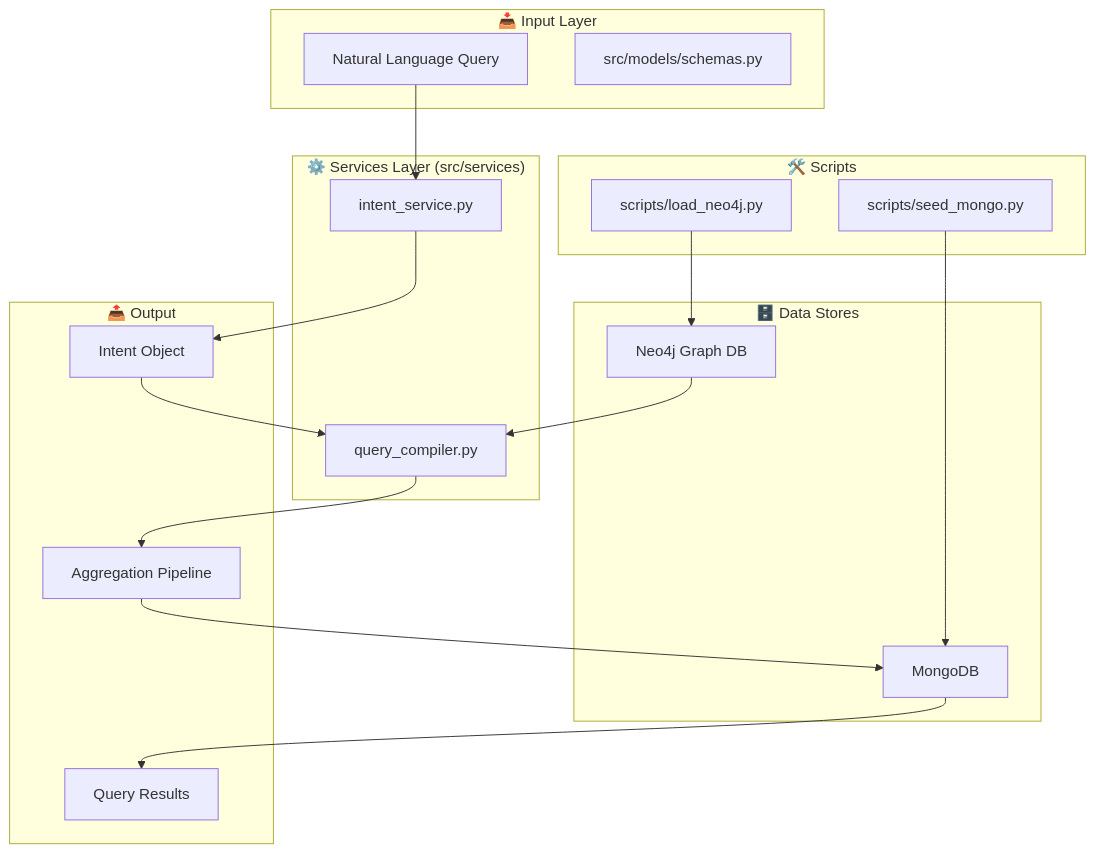
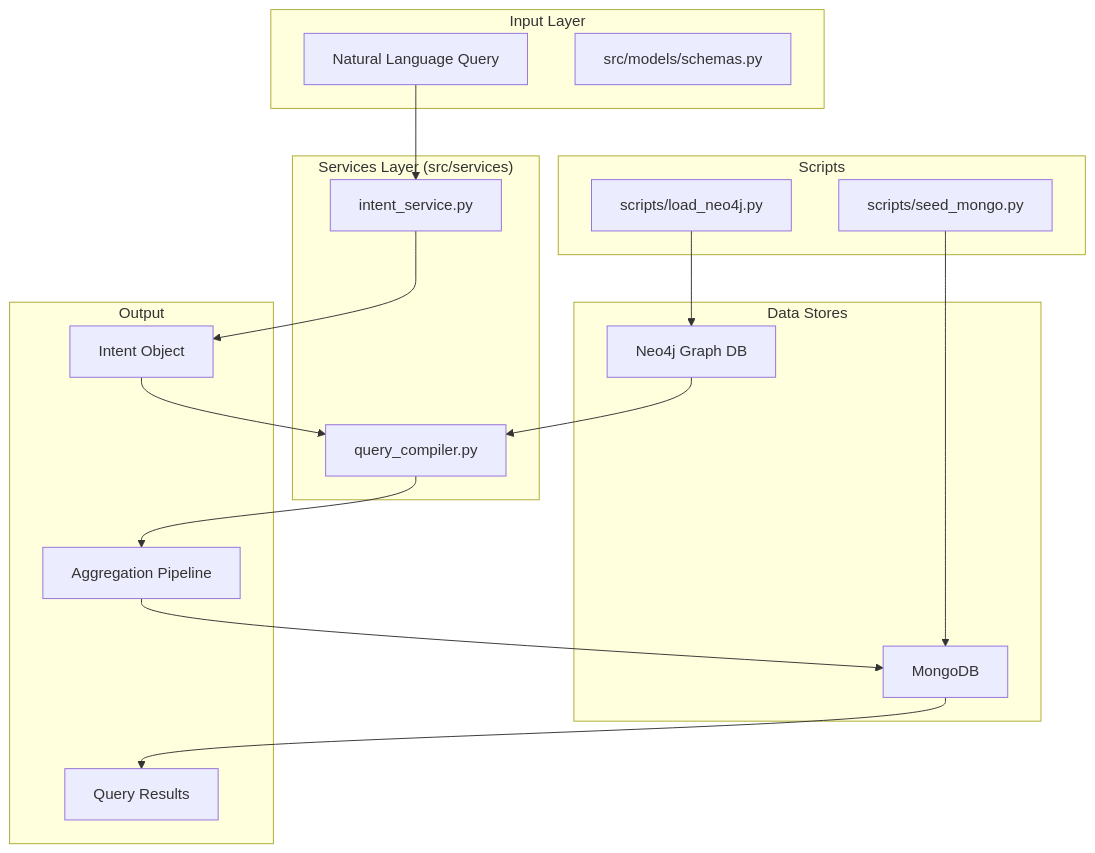
The first of 7 diagrams in docs/architecture_diagrams.md (Danilka-Akarawita/naturallanguage_to_mongoDB_query), drawn with Mermaid before and after one commit. The commit also changed other lines of this file, not shown here.

Commit message:
refcatored

````diff
--- a/docs/architecture_diagrams.md
+++ b/docs/architecture_diagrams.md
@@ -9,38 +9,38 @@
 ```mermaid
 flowchart TB
-    subgraph Input["📥 Input Layer"]
+    subgraph Input[" Input Layer"]
         NL["Natural Language Query"]
         Schema["src/models/schemas.py"]
     end
     
-    subgraph Services["⚙️ Services Layer (src/services)"]
+    subgraph Services[" Services Layer (src/services)"]
         IS["intent_service.py"]
         MQC["query_compiler.py"]
     end
 
-    subgraph Scripts["🛠️ Scripts"]
+    subgraph Scripts[" Scripts"]
         NM["scripts/load_neo4j.py"]
         SM["scripts/seed_mongo.py"]
     end
     
-    subgraph Storage["🗄️ Data Stores"]
+    subgraph Storage[" Data Stores"]
         Neo4j["Neo4j Graph DB"]
         MongoDB["MongoDB"]
     end
     
-    subgraph Output["📤 Output"]
+    subgraph Output[" Output"]
         Intent["Intent Object"]
         Pipeline["Aggregation Pipeline"]
         Results["Query Results"]
     end
     
     NL --> IS
     IS --> Intent
     Intent --> MQC
     NM --> Neo4j
     Neo4j --> MQC
     MQC --> Pipeline
     Pipeline --> MongoDB
     MongoDB --> Results
     SM --> MongoDB
 ```
````
